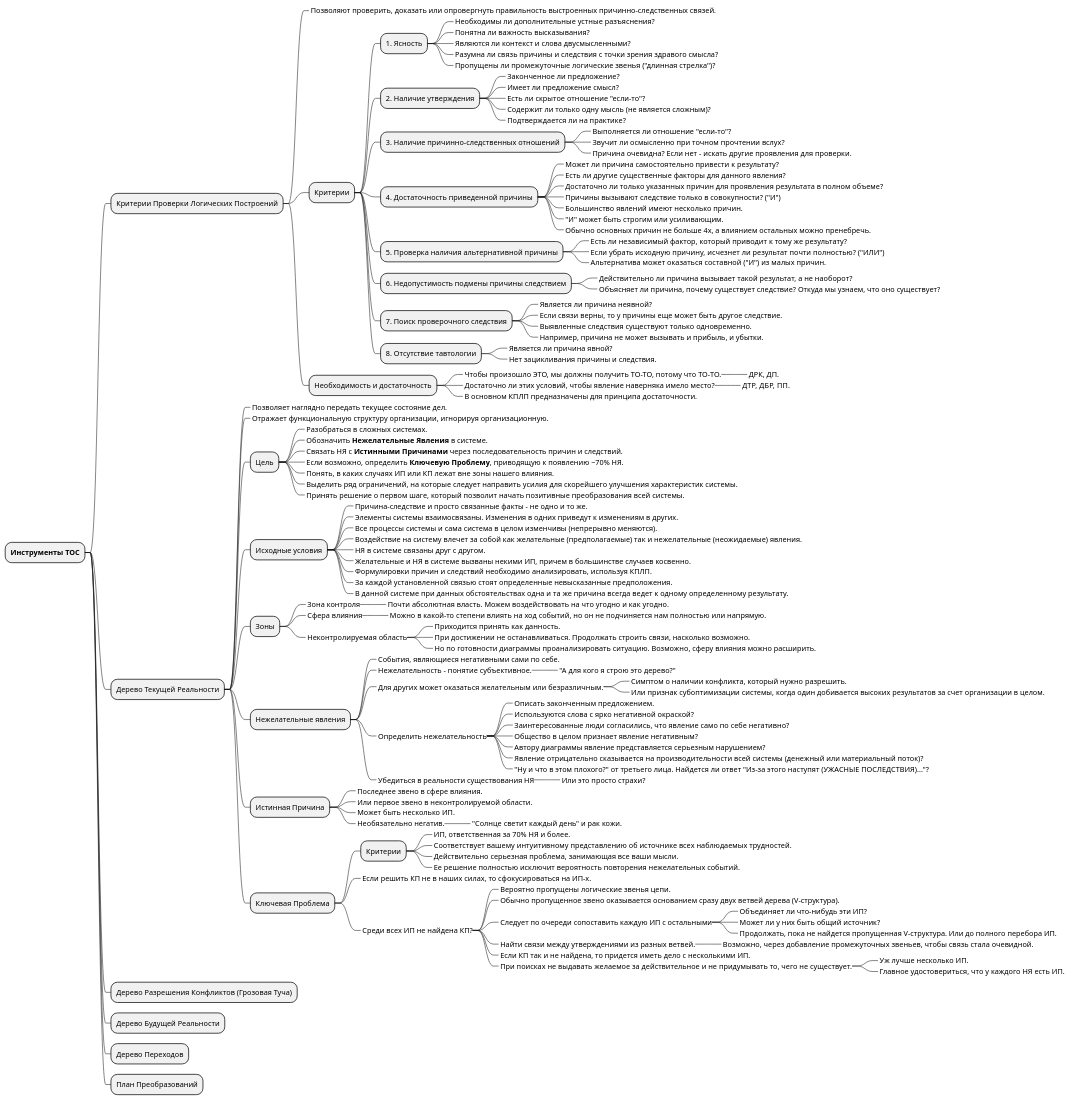
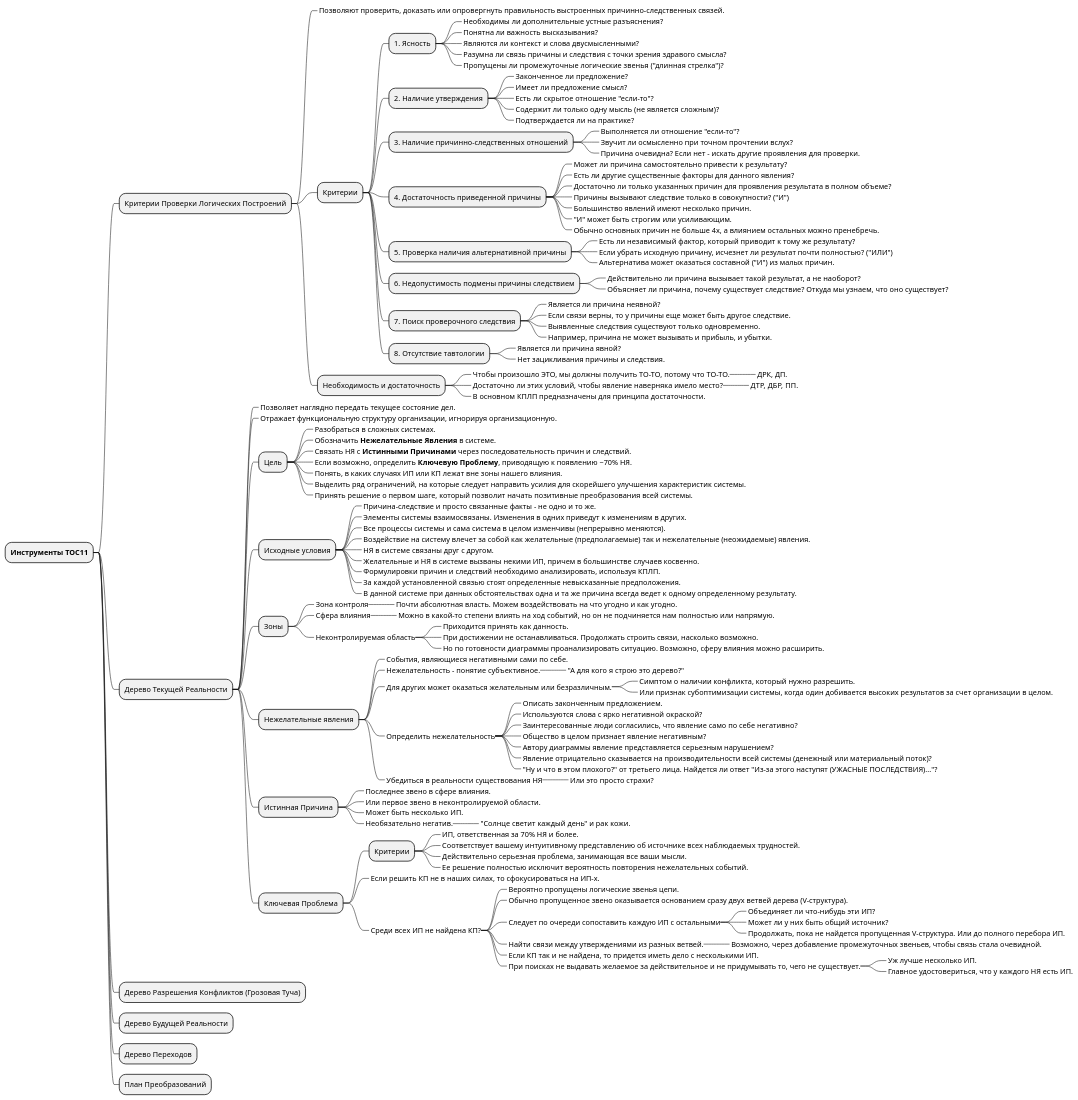
Before and after one commit to msmolyakov/dettmer-goldratts-theory-of-constraints-synopsis: the diagram in synopsis.puml, drawn with PlantUML.

```diff
--- a/synopsis.puml
+++ b/synopsis.puml
@@ -1,150 +1,150 @@
 @startmindmap
 
-* <b>Инструменты ТОС</b>
+* <b>Инструменты ТОС11</b>
 ++ Критерии Проверки Логических Построений
 +++_ Позволяют проверить, доказать или опровергнуть правильность выстроенных причинно-следственных связей.
 
 +++ Критерии
 
 ++++ 1. Ясность
 +++++_ Необходимы ли дополнительные устные разъяснения?
 +++++_ Понятна ли важность высказывания?
 +++++_ Являются ли контекст и слова двусмысленными?
 +++++_ Разумна ли связь причины и следствия с точки зрения здравого смысла?
 +++++_ Пропущены ли промежуточные логические звенья ("длинная стрелка")?
 
 ++++ 2. Наличие утверждения
 +++++_ Законченное ли предложение?
 +++++_ Имеет ли предложение смысл?
 +++++_ Есть ли скрытое отношение "если-то"?
 +++++_ Содержит ли только одну мысль (не является сложным)?
 +++++_ Подтверждается ли на практике?
 
 ++++ 3. Наличие причинно-следственных отношений
 +++++_ Выполняется ли отношение "если-то"?
 +++++_ Звучит ли осмысленно при точном прочтении вслух?
 +++++_ Причина очевидна? Если нет - искать другие проявления для проверки.
 
 ++++ 4. Достаточность приведенной причины
 +++++_ Может ли причина самостоятельно привести к результату?
 +++++_ Есть ли другие существенные факторы для данного явления?
 +++++_ Достаточно ли только указанных причин для проявления результата в полном объеме?
 +++++_ Причины вызывают следствие только в совокупности? ("И")
 +++++_ Большинство явлений имеют несколько причин.
 +++++_ "И" может быть строгим или усиливающим.
 +++++_ Обычно основных причин не больше 4х, а влиянием остальных можно пренебречь.
 
 ++++ 5. Проверка наличия альтернативной причины
 +++++_ Есть ли независимый фактор, который приводит к тому же результату?
 +++++_ Если убрать исходную причину, исчезнет ли результат почти полностью? ("ИЛИ")
 +++++_ Альтернатива может оказаться составной ("И") из малых причин.
 
 ++++ 6. Недопустимость подмены причины следствием
 +++++_ Действительно ли причина вызывает такой результат, а не наоборот?
 +++++_ Объясняет ли причина, почему существует следствие? Откуда мы узнаем, что оно существует?
 
 ++++ 7. Поиск проверочного следствия
 +++++_ Является ли причина неявной?
 +++++_ Если связи верны, то у причины еще может быть другое следствие.
 +++++_ Выявленные следствия существуют только одновременно.
 +++++_ Например, причина не может вызывать и прибыль, и убытки.
 
 ++++ 8. Отсутствие тавтологии
 +++++_ Является ли причина явной?
 +++++_ Нет зацикливания причины и следствия.
 
 
 +++ Необходимость и достаточность
 ++++_ Чтобы произошло ЭТО, мы должны получить ТО-ТО, потому что ТО-ТО.
 +++++_ ДРК, ДП.
 ++++_ Достаточно ли этих условий, чтобы явление наверняка имело место?
 +++++_ ДТР, ДБР, ПП.
 ++++_ В основном КПЛП предназначены для принципа достаточности.
 
 
 ++ Дерево Текущей Реальности
 +++_ Позволяет наглядно передать текущее состояние дел.
 +++_ Отражает функциональную структуру организации, игнорируя организационную.
 
 +++ Цель
 ++++_ Разобраться в сложных системах.
 ++++_ Обозначить <b>Нежелательные Явления</b> в системе.
 ++++_ Связать НЯ с <b>Истинными Причинами</b> через последовательность причин и следствий.
 ++++_ Если возможно, определить <b>Ключевую Проблему</b>, приводящую к появлению ~70% НЯ.
 ++++_ Понять, в каких случаях ИП или КП лежат вне зоны нашего влияния.
 ++++_ Выделить ряд ограничений, на которые следует направить усилия для скорейшего улучшения характеристик системы.
 ++++_ Принять решение о первом шаге, который позволит начать позитивные преобразования всей системы.
 
 +++ Исходные условия
 ++++_ Причина-следствие и просто связанные факты - не одно и то же.
 ++++_ Элементы системы взаимосвязаны. Изменения в одних приведут к изменениям в других.
 ++++_ Все процессы системы и сама система в целом изменчивы (непрерывно меняются).
 ++++_ Воздействие на систему влечет за собой как желательные (предполагаемые) так и нежелательные (неожидаемые) явления.
 ++++_ НЯ в системе связаны друг с другом.
 ++++_ Желательные и НЯ в системе вызваны некими ИП, причем в большинстве случаев косвенно.
 ++++_ Формулировки причин и следствий необходимо анализировать, используя КПЛП.
 ++++_ За каждой установленной связью стоят определенные невысказанные предположения.
 ++++_ В данной системе при данных обстоятельствах одна и та же причина всегда ведет к одному определенному результату.
 
 +++ Зоны
 ++++_ Зона контроля
 +++++_ Почти абсолютная власть. Можем воздействовать на что угодно и как угодно.
 ++++_ Сфера влияния
 +++++_ Можно в какой-то степени влиять на ход событий, но он не подчиняется нам полностью или напрямую.
 ++++_ Неконтролируемая область
 +++++_ Приходится принять как данность.
 +++++_ При достижении не останавливаться. Продолжать строить связи, насколько возможно.
 +++++_ Но по готовности диаграммы проанализировать ситуацию. Возможно, сферу влияния можно расширить.
 
 +++ Нежелательные явления
 ++++_ События, являющиеся негативными сами по себе.
 ++++_ Нежелательность - понятие субъективное.
 +++++_ "А для кого я строю это дерево?"
 ++++_ Для других может оказаться желательным или безразличным.
 +++++_ Симптом о наличии конфликта, который нужно разрешить.
 +++++_ Или признак субоптимизации системы, когда один добивается высоких результатов за счет организации в целом.
 ++++_ Определить нежелательность
 +++++_ Описать законченным предложением.
 +++++_ Используются слова с ярко негативной окраской?
 +++++_ Заинтересованные люди согласились, что явление само по себе негативно?
 +++++_ Общество в целом признает явление негативным?
 +++++_ Автору диаграммы явление представляется серьезным нарушением?
 +++++_ Явление отрицательно сказывается на производительности всей системы (денежный или материальный поток)?
 +++++_ "Ну и что в этом плохого?" от третьего лица. Найдется ли ответ "Из-за этого наступят (УЖАСНЫЕ ПОСЛЕДСТВИЯ)..."?
 ++++_ Убедиться в реальности существования НЯ
 +++++_ Или это просто страхи?
 
 +++ Истинная Причина
 ++++_ Последнее звено в сфере влияния.
 ++++_ Или первое звено в неконтролируемой области.
 ++++_ Может быть несколько ИП.
 ++++_ Необязательно негатив.
 +++++_ "Солнце светит каждый день" и рак кожи.
 
 +++ Ключевая Проблема
 ++++ Критерии
 +++++_ ИП, ответственная за 70% НЯ и более.
 +++++_ Соответствует вашему интуитивному представлению об источнике всех наблюдаемых трудностей.
 +++++_ Действительно серьезная проблема, занимающая все ваши мысли.
 +++++_ Ее решение полностью исключит вероятность повторения нежелательных событий.
 ++++_ Если решить КП не в наших силах, то сфокусироваться на ИП-х.
 ++++_ Среди всех ИП не найдена КП?
 +++++_ Вероятно пропущены логические звенья цепи.
 +++++_ Обычно пропущенное звено оказывается основанием сразу двух ветвей дерева (V-структура).
 +++++_ Следует по очереди сопоставить каждую ИП с остальными
 ++++++_ Объединяет ли что-нибудь эти ИП?
 ++++++_ Может ли у них быть общий источник?
 ++++++_ Продолжать, пока не найдется пропущенная V-структура. Или до полного перебора ИП.
 +++++_ Найти связи между утверждениями из разных ветвей.
 ++++++_ Возможно, через добавление промежуточных звеньев, чтобы связь стала очевидной.
 +++++_ Если КП так и не найдена, то придется иметь дело с несколькими ИП.
 +++++_ При поисках не выдавать желаемое за действительное и не придумывать то, чего не существует.
 ++++++_ Уж лучше несколько ИП.
 ++++++_ Главное удостовериться, что у каждого НЯ есть ИП.
 
 ++ Дерево Разрешения Конфликтов (Грозовая Туча)
 ++ Дерево Будущей Реальности
 ++ Дерево Переходов
 ++ План Преобразований
 
 @endmindmap
```
